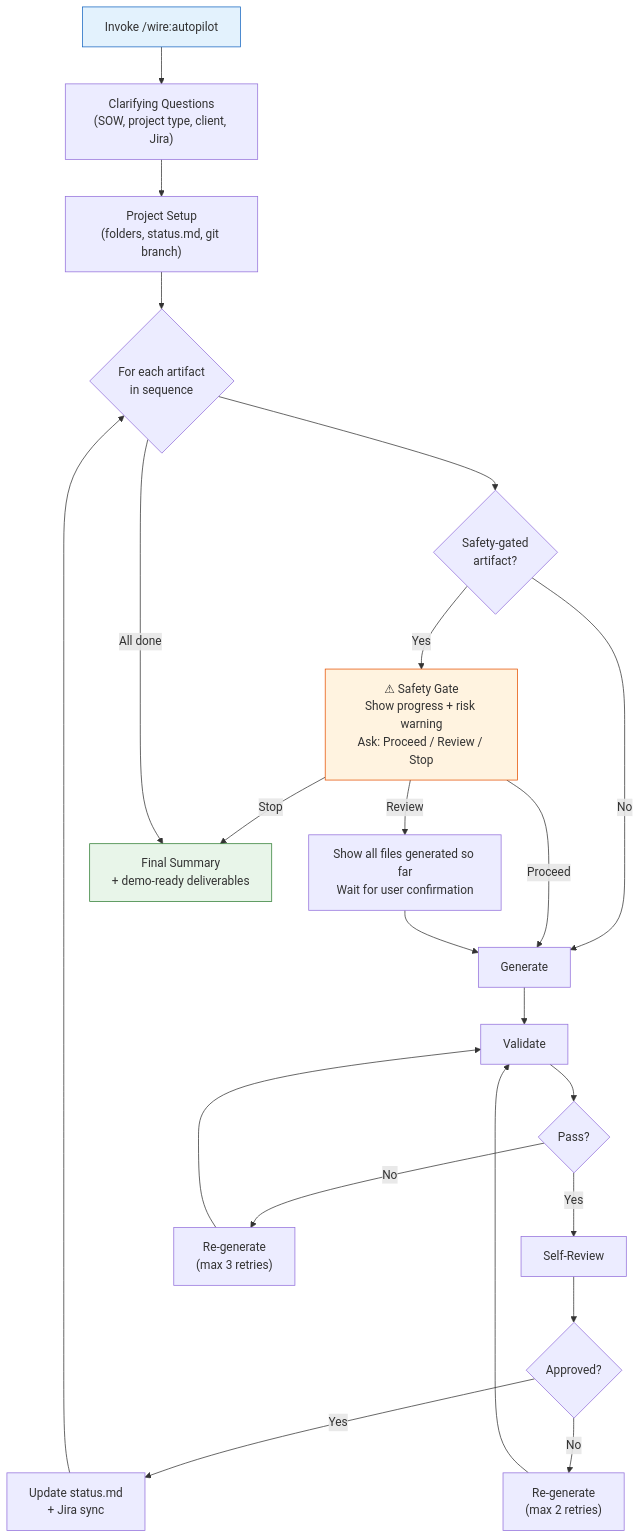
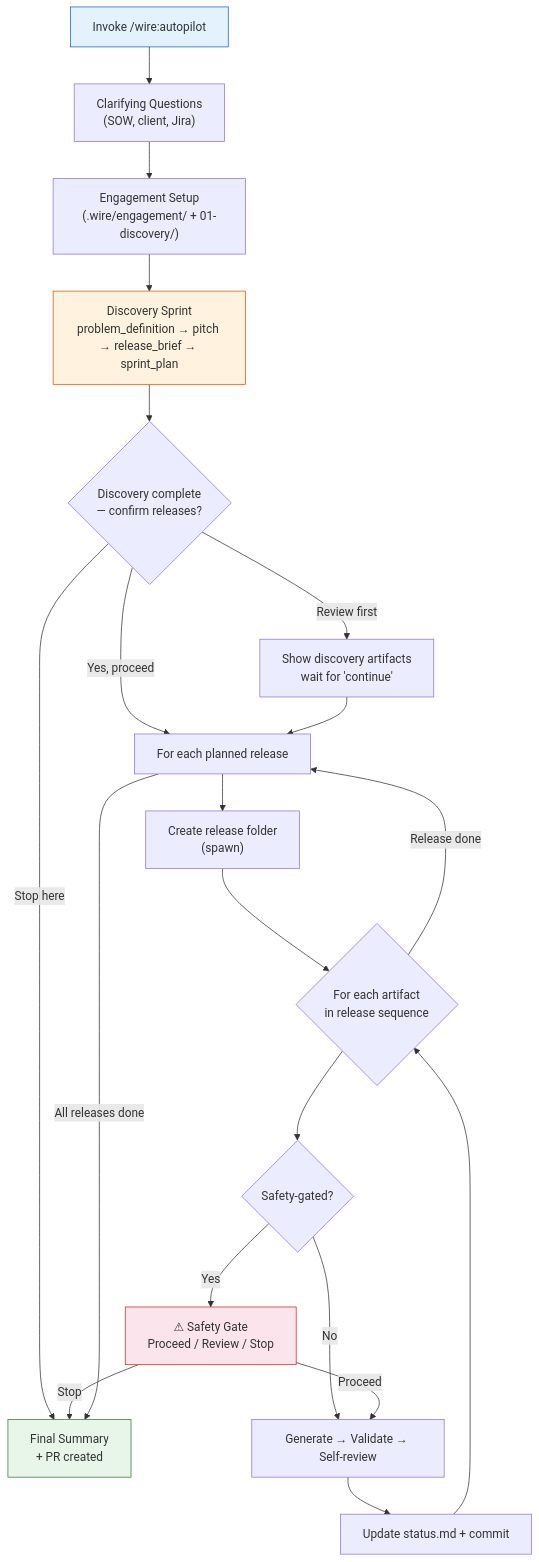
Diagram 12 of 15 in docs/consultant_handbook.md (rittmananalytics/wire-plugin), drawn with Mermaid before and after one commit. The commit also changed other lines of this file and 91 other files, not shown here.

````diff
--- a/docs/consultant_handbook.md
+++ b/docs/consultant_handbook.md
@@ -1313,28 +1775,27 @@
 ```mermaid
 flowchart TB
-    A["Invoke /wire:autopilot"] --> B["Clarifying Questions<br/>(SOW, project type, client, Jira)"]
-    B --> C["Project Setup<br/>(folders, status.md, git branch)"]
-    C --> D{"For each artifact<br/>in sequence"}
-    D --> SG{"Safety-gated<br/>artifact?"}
-    SG -->|No| E["Generate"]
-    SG -->|Yes| SGP["⚠ Safety Gate<br/>Show progress + risk warning<br/>Ask: Proceed / Review / Stop"]
-    SGP -->|Proceed| E
-    SGP -->|Review| REV["Show all files generated so far<br/>Wait for user confirmation"]
-    REV --> E
-    SGP -->|Stop| M
-    E --> F["Validate"]
-    F --> G{"Pass?"}
-    G -->|Yes| H["Self-Review"]
-    G -->|No| I["Re-generate<br/>(max 3 retries)"]
-    I --> F
-    H --> J{"Approved?"}
-    J -->|Yes| K["Update status.md<br/>+ Jira sync"]
-    J -->|No| L["Re-generate<br/>(max 2 retries)"]
-    L --> F
-    K --> D
-    D -->|All done| M["Final Summary<br/>+ demo-ready deliverables"]
+    A["Invoke /wire:autopilot"] --> B["Clarifying Questions\n(SOW, client, Jira)"]
+    B --> C["Engagement Setup\n(.wire/engagement/ + 01-discovery/)"]
+    C --> D["Discovery Sprint\nproblem_definition → pitch → release_brief → sprint_plan"]
+    D --> E{"Discovery complete\n— confirm releases?"}
+    E -->|"Yes, proceed"| F["For each planned release"]
+    E -->|"Review first"| G["Show discovery artifacts\nwait for 'continue'"]
+    G --> F
+    E -->|"Stop here"| Z
+    F --> H["Create release folder\n(spawn)"]
+    H --> I{"For each artifact\nin release sequence"}
+    I --> SG{"Safety-gated?"}
+    SG -->|No| J["Generate → Validate → Self-review"]
+    SG -->|Yes| SGP["⚠ Safety Gate\nProceed / Review / Stop"]
+    SGP -->|Proceed| J
+    SGP -->|Stop| Z
+    J --> K["Update status.md + commit"]
+    K --> I
+    I -->|"Release done"| F
+    F -->|"All releases done"| Z["Final Summary\n+ PR created"]
 
     style A fill:#e3f2fd,stroke:#1565c0
-    style M fill:#e8f5e9,stroke:#2e7d32
-    style SGP fill:#fff3e0,stroke:#e65100
+    style D fill:#fff3e0,stroke:#e65100
+    style Z fill:#e8f5e9,stroke:#2e7d32
+    style SGP fill:#fce4ec,stroke:#c62828
 ```
````
